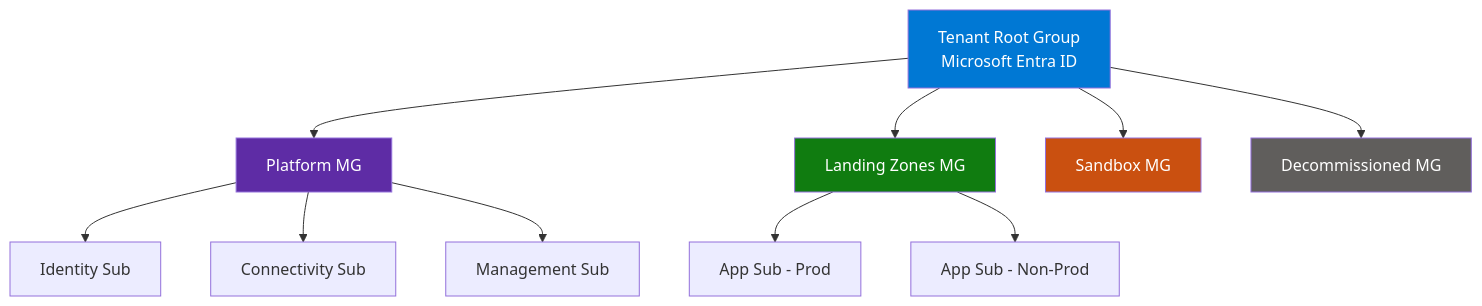
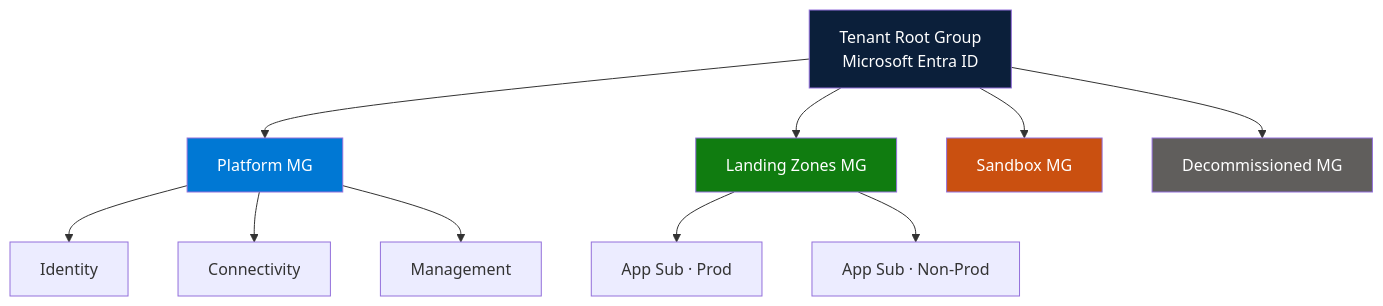
One commit to cloudwithdharm/cloudwithdharm changed the first of 4 diagrams in README.md. Above: the diagram before and after it, drawn with Mermaid. The commit also changed other lines of this file, not shown here.

````diff
--- a/README.md
+++ b/README.md
@@ -98,17 +94,17 @@
 ```mermaid
 graph TD
-    A[Tenant Root Group<br/>Microsoft Entra ID] --> B[Platform MG]
-    A --> C[Landing Zones MG]
-    A --> D[Sandbox MG]
-    A --> E[Decommissioned MG]
-    B --> B1[Identity Sub]
-    B --> B2[Connectivity Sub]
-    B --> B3[Management Sub]
-    C --> C1[App Sub - Prod]
-    C --> C2[App Sub - Non-Prod]
-    style A fill:#0078D4,color:#fff
-    style B fill:#5E2CA5,color:#fff
-    style C fill:#107C10,color:#fff
-    style D fill:#CA5010,color:#fff
-    style E fill:#605E5C,color:#fff
+    R["Tenant Root Group<br/>Microsoft Entra ID"] --> P["Platform MG"]
+    R --> L["Landing Zones MG"]
+    R --> S["Sandbox MG"]
+    R --> D["Decommissioned MG"]
+    P --> P1["Identity"]
+    P --> P2["Connectivity"]
+    P --> P3["Management"]
+    L --> L1["App Sub · Prod"]
+    L --> L2["App Sub · Non-Prod"]
+    style R fill:#0B1F3A,color:#fff
+    style P fill:#0078D4,color:#fff
+    style L fill:#107C10,color:#fff
+    style S fill:#CA5010,color:#fff
+    style D fill:#605E5C,color:#fff
 ```
````
